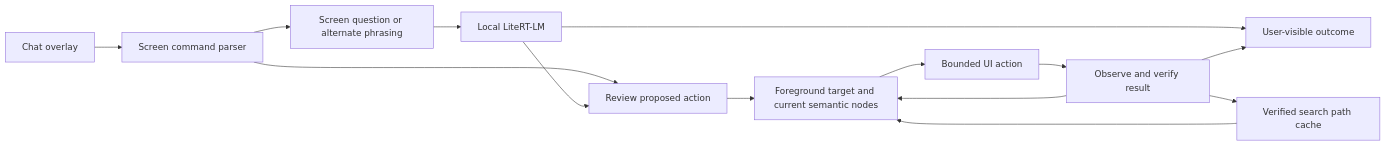
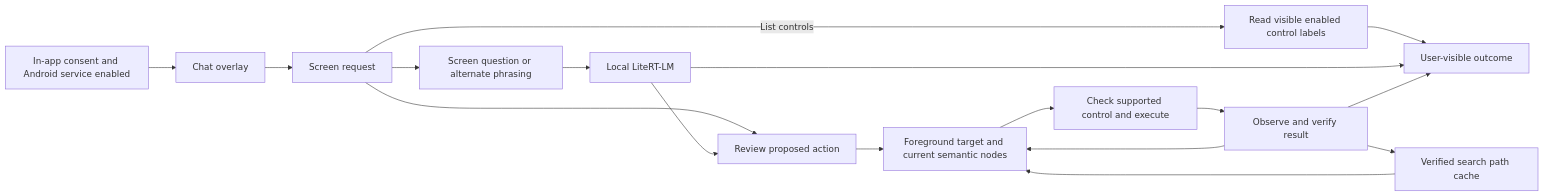
The diagram in docs/architecture.md (Hanzi-Cho/hyperchat), drawn with Mermaid before and after one commit. The commit also changed other lines of this file and 27 other files, not shown here.

````diff
--- a/docs/architecture.md
+++ b/docs/architecture.md
@@ -5,16 +5,19 @@
 ```mermaid
 flowchart LR
-    A[Chat overlay] --> P[Screen command parser]
+    S[In-app consent and Android service enabled] --> A[Chat overlay]
+    A --> P[Screen request]
+    P -->|List controls| R[Read visible enabled control labels]
+    R --> G[User-visible outcome]
     P --> C[Review proposed action]
     P --> L[Screen question or alternate phrasing]
     L --> N[Local LiteRT-LM]
-    N --> G[User-visible outcome]
+    N --> G
     N --> C
     C --> D[Foreground target and current semantic nodes]
-    D --> E[Bounded UI action]
+    D --> E[Check supported control and execute]
     E --> F[Observe and verify result]
     F --> D
     F --> G
     F --> H[Verified search path cache]
     H --> D
 ```
````
